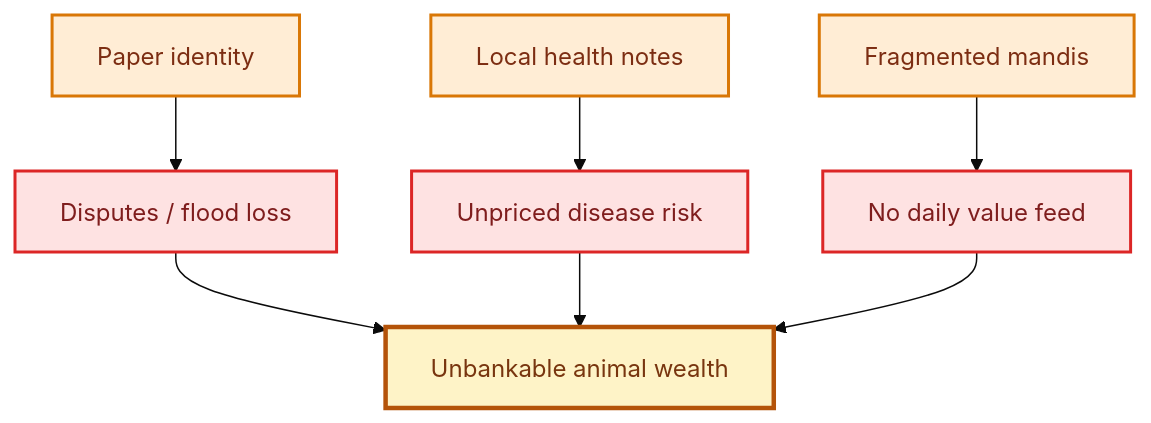
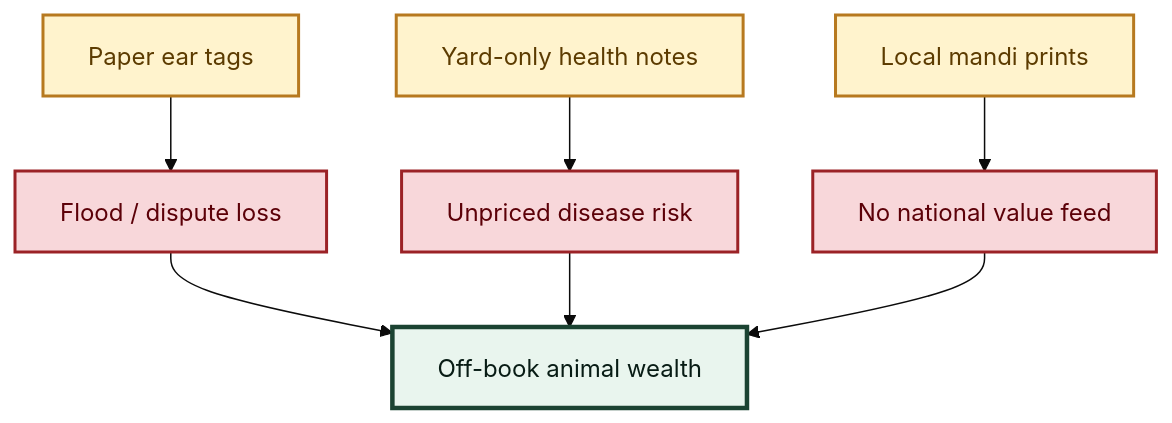
Before and after one commit to AmmarJamshed/livestock-smart-asset-stack-whitepaper: the diagram in 02-the-problem.md, drawn with Mermaid. The commit also changed other lines of this file and 3 other files, not shown here.

Commit message:
style: farm-to-market UX palette, metaphors, and high-contrast diagrams

````diff
--- a/02-the-problem.md
+++ b/02-the-problem.md
@@ -31,16 +31,16 @@
 ```mermaid
-%%{init: {'theme':'base', 'themeVariables': { 'fontFamily':'Inter, sans-serif' }}}%%
+%%{init: {'theme':'base'}}%%
 flowchart TB
-  P1[Paper identity] --> X1[Disputes / flood loss]
-  P2[Local health notes] --> X2[Unpriced disease risk]
-  P3[Fragmented mandis] --> X3[No daily value feed]
-  X1 --> U[Unbankable animal wealth]
+  P1[Paper ear tags] --> X1[Flood / dispute loss]
+  P2[Yard-only health notes] --> X2[Unpriced disease risk]
+  P3[Local mandi prints] --> X3[No national value feed]
+  X1 --> U[Off-book animal wealth]
   X2 --> U
   X3 --> U
-  classDef bad fill:#FEE2E2,stroke:#DC2626,color:#7F1D1D,stroke-width:2px
-  classDef mid fill:#FFEDD5,stroke:#D97706,color:#7C2D12,stroke-width:2px
-  classDef sink fill:#FEF3C7,stroke:#B45309,color:#78350F,stroke-width:3px
-  class P1,P2,P3 mid
-  class X1,X2,X3 bad
+  classDef yard fill:#FFF3CD,stroke:#B7791F,color:#5C3B00,stroke-width:2px
+  classDef break fill:#F8D7DA,stroke:#9B2226,color:#5C0008,stroke-width:2px
+  classDef sink fill:#E9F5EE,stroke:#1B4332,color:#081C15,stroke-width:3px
+  class P1,P2,P3 yard
+  class X1,X2,X3 break
   class U sink
 ```
````
